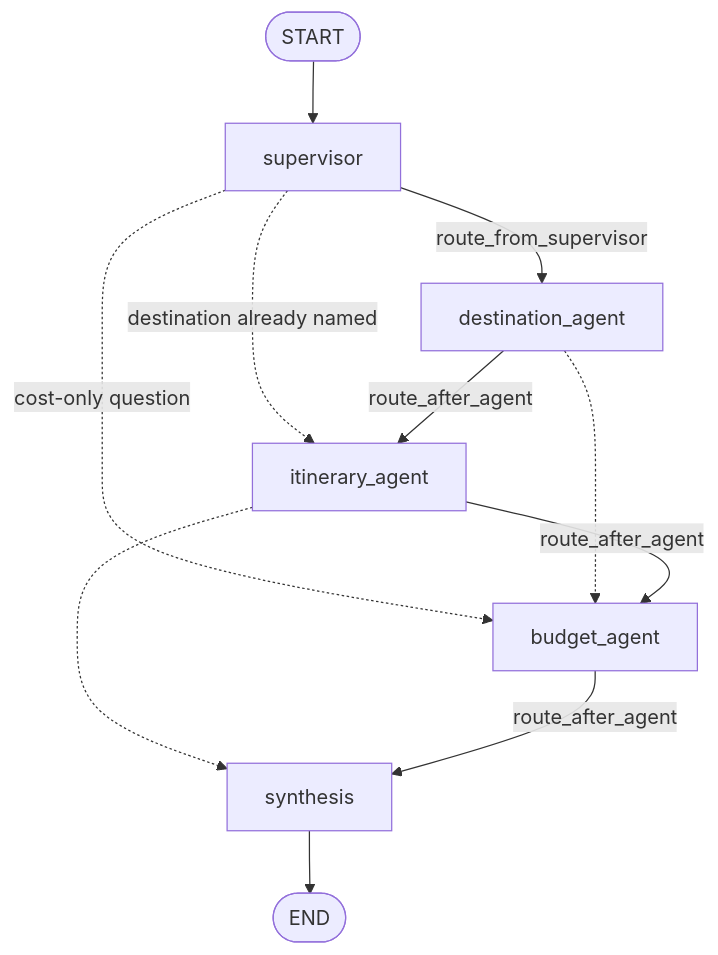
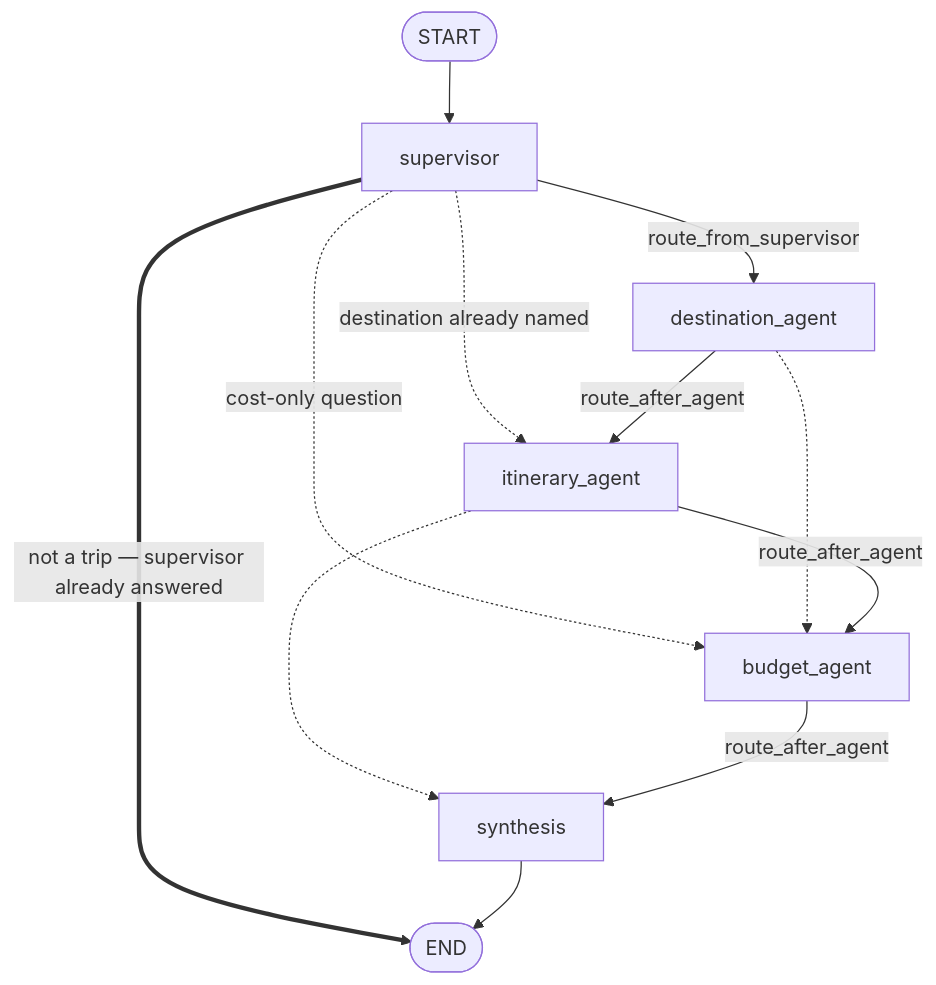
One commit to imnayakshubham/tripify-be changed the first of 3 diagrams in README.md. Above: the diagram before and after it, drawn with Mermaid. The commit also changed other lines of this file and 37 other files, not shown here.

````diff
--- a/README.md
+++ b/README.md
@@ -53,13 +53,14 @@
 ```mermaid
 flowchart TD
     START([START]) --> SUP[supervisor]
     SUP -->|route_from_supervisor| DEST[destination_agent]
     SUP -.->|destination already named| ITIN[itinerary_agent]
     SUP -.->|cost-only question| BUD[budget_agent]
+    SUP == "not a trip — supervisor already answered" ==> END([END])
     DEST -->|route_after_agent| ITIN
     DEST -.-> BUD
     ITIN -->|route_after_agent| BUD
     ITIN -.-> SYN
     BUD -->|route_after_agent| SYN[synthesis]
-    SYN --> END([END])
+    SYN --> END
 ```
````
